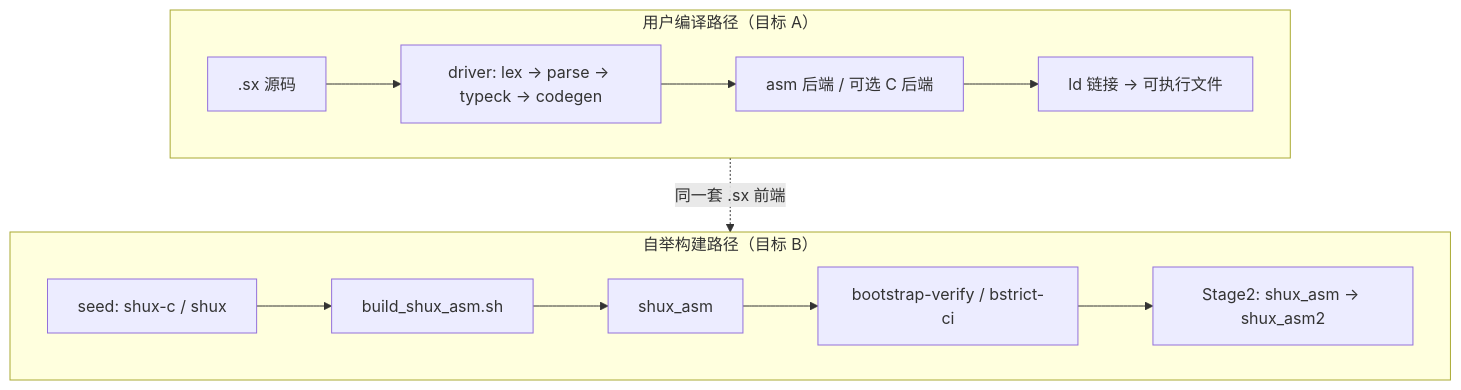
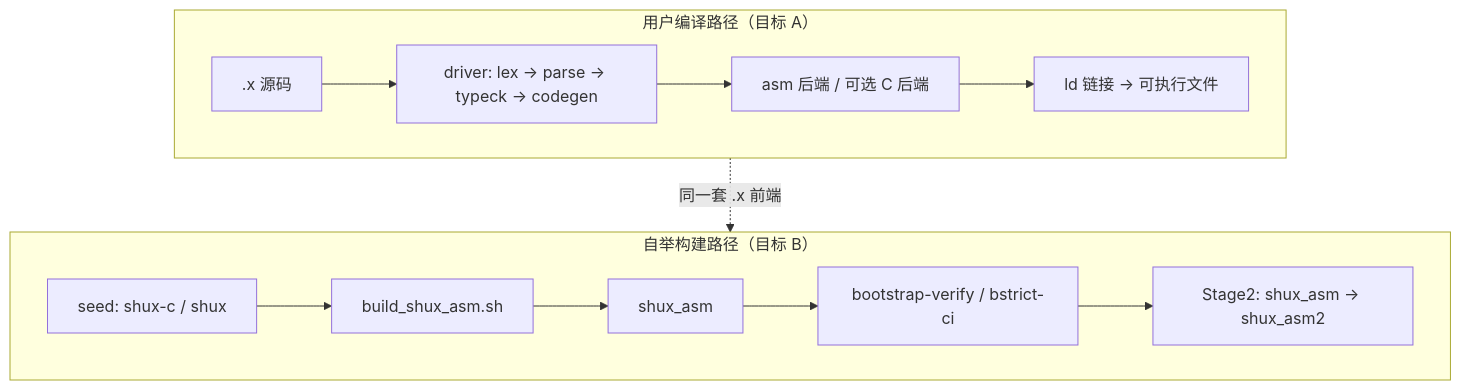
One commit to shuliangfu/x-lang changed the diagram in analysis/doc-selfhost-architecture-v1.md. Above: the diagram before and after it, drawn with Mermaid. The commit also changed other lines of this file and 3957 other files, not shown here.

````diff
--- a/analysis/doc-selfhost-architecture-v1.md
+++ b/analysis/doc-selfhost-architecture-v1.md
@@ -37,17 +37,17 @@
 ```mermaid
 flowchart TB
   subgraph user["用户编译路径（目标 A）"]
-    U1[".sx 源码"] --> U2["driver: lex → parse → typeck → codegen"]
+    U1[".x 源码"] --> U2["driver: lex → parse → typeck → codegen"]
     U2 --> U3["asm 后端 / 可选 C 后端"]
     U3 --> U4["ld 链接 → 可执行文件"]
   end
 
   subgraph boot["自举构建路径（目标 B）"]
     S1["seed: shux-c / shux"] --> S2["build_shux_asm.sh"]
     S2 --> S3["shux_asm"]
     S3 --> S4["bootstrap-verify / bstrict-ci"]
     S4 --> S5["Stage2: shux_asm → shux_asm2"]
   end
 
-  user -.->|"同一套 .sx 前端"| boot
+  user -.->|"同一套 .x 前端"| boot
 ```
````
